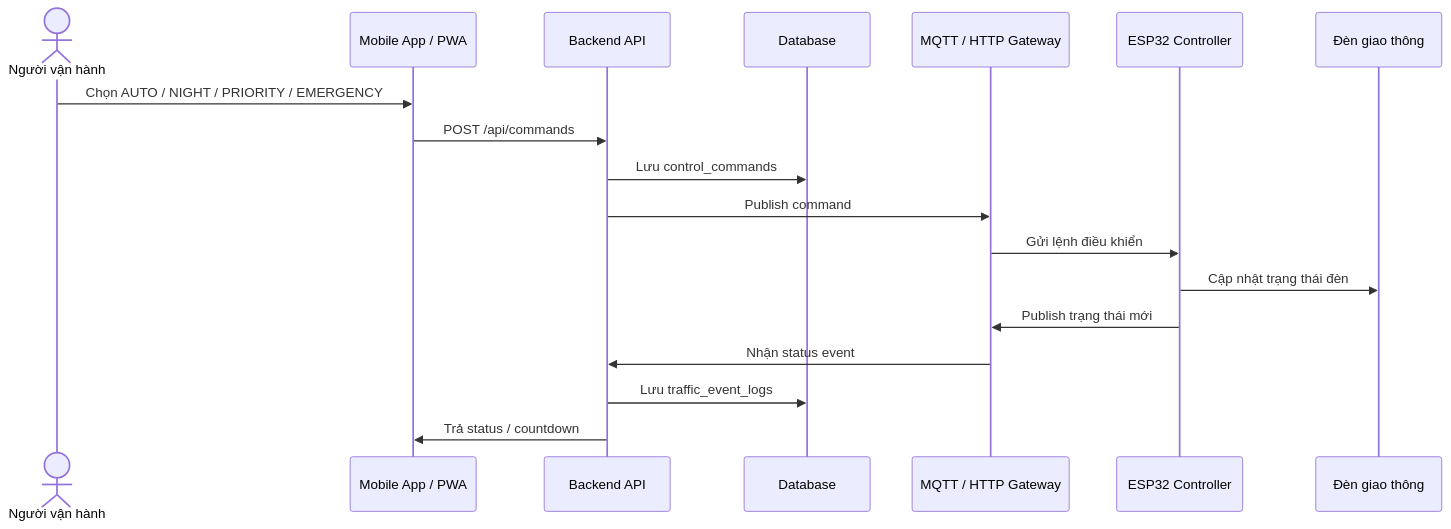
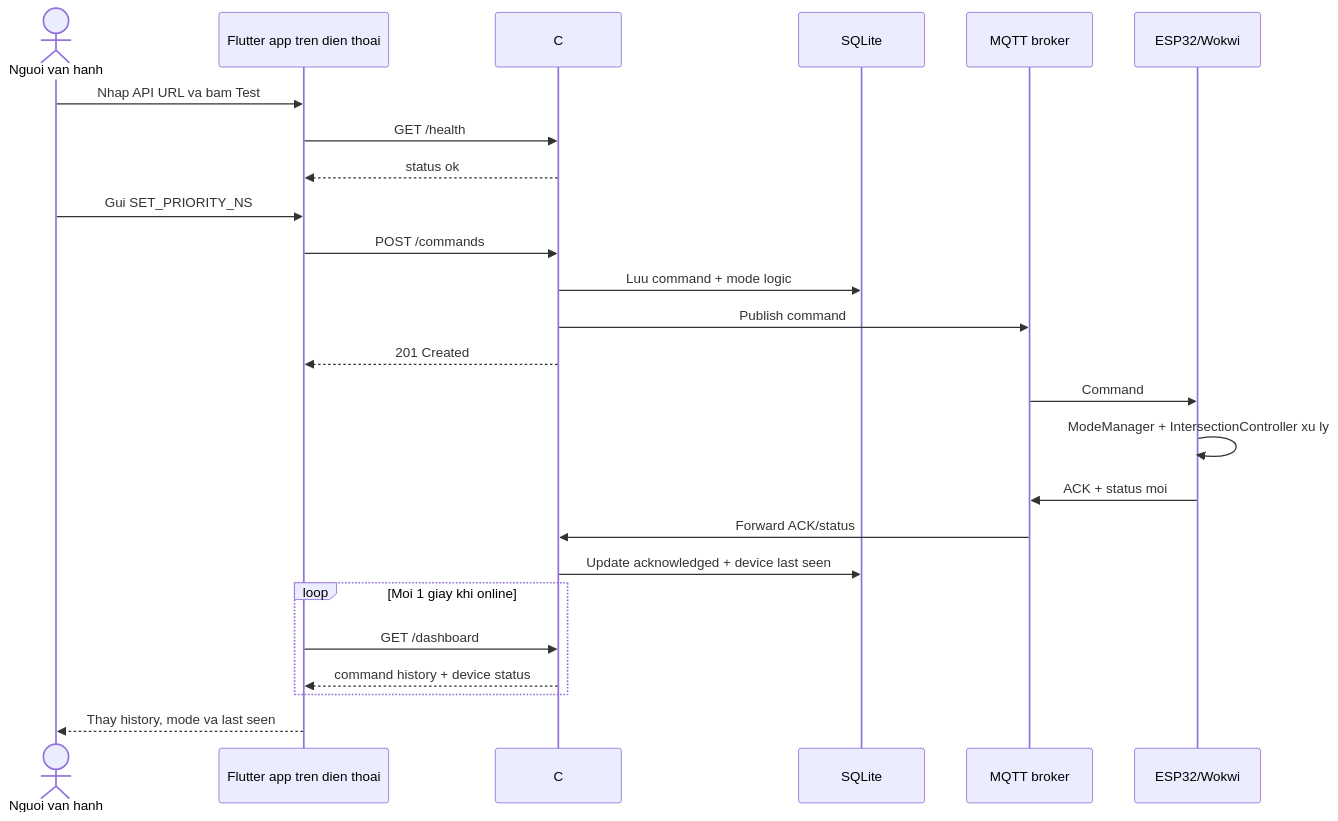
The diagram in assets/diagrams/mobile_command_flow.mmd (xuanhai0913/iot-traffic-light-wokwi), drawn with Mermaid before and after one commit. The commit also changed 51 other files, not shown here.

Commit message:
docs: sync diagrams and add flutter ios target

```diff
--- a/assets/diagrams/mobile_command_flow.mmd
+++ b/assets/diagrams/mobile_command_flow.mmd
@@ -1,19 +1,30 @@
 sequenceDiagram
-    actor Operator as Người vận hành
-    participant App as Mobile App / PWA
-    participant API as Backend API
-    participant DB as Database
-    participant Broker as MQTT / HTTP Gateway
-    participant ESP32 as ESP32 Controller
-    participant Lights as Đèn giao thông
+    actor Operator as Nguoi van hanh
+    participant Phone as Flutter app tren dien thoai
+    participant API as C# API
+    participant DB as SQLite
+    participant MQTT as MQTT broker
+    participant ESP32 as ESP32/Wokwi
 
-    Operator->>App: Chọn AUTO / NIGHT / PRIORITY / EMERGENCY
-    App->>API: POST /api/commands
-    API->>DB: Lưu control_commands
-    API->>Broker: Publish command
-    Broker->>ESP32: Gửi lệnh điều khiển
-    ESP32->>Lights: Cập nhật trạng thái đèn
-    ESP32->>Broker: Publish trạng thái mới
-    Broker->>API: Nhận status event
-    API->>DB: Lưu traffic_event_logs
-    API->>App: Trả status / countdown
+    Operator->>Phone: Nhap API URL va bam Test
+    Phone->>API: GET /health
+    API-->>Phone: status ok
+
+    Operator->>Phone: Gui SET_PRIORITY_NS
+    Phone->>API: POST /commands
+    API->>DB: Luu command + mode logic
+    API->>MQTT: Publish command
+    API-->>Phone: 201 Created
+
+    MQTT->>ESP32: Command
+    ESP32->>ESP32: ModeManager + IntersectionController xu ly
+    ESP32->>MQTT: ACK + status moi
+    MQTT->>API: Forward ACK/status
+    API->>DB: Update acknowledged + device last seen
+
+    loop Moi 1 giay khi online
+        Phone->>API: GET /dashboard
+        API-->>Phone: command history + device status
+    end
+
+    Phone-->>Operator: Thay history, mode va last seen
```
